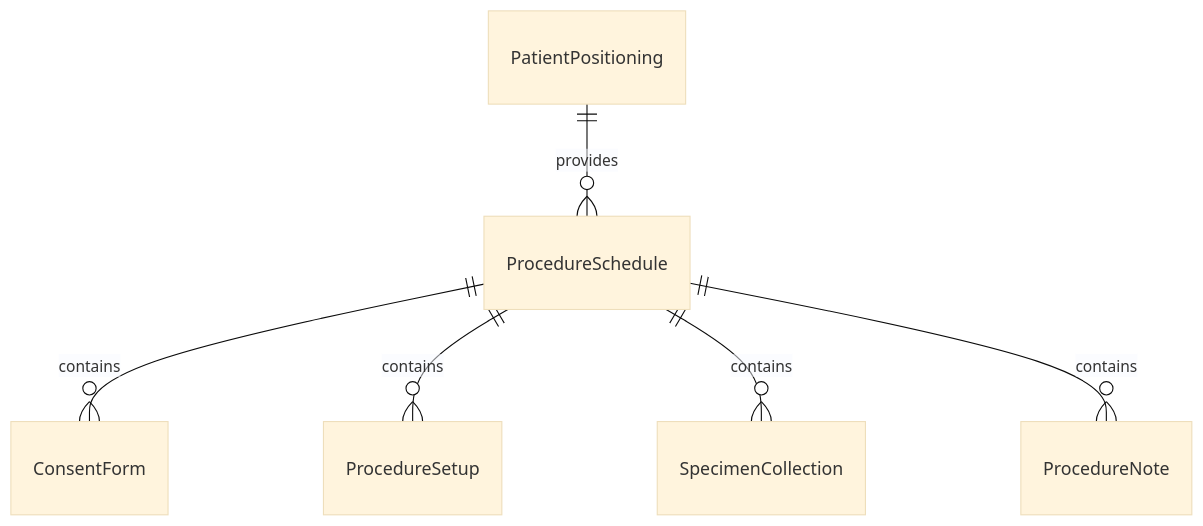
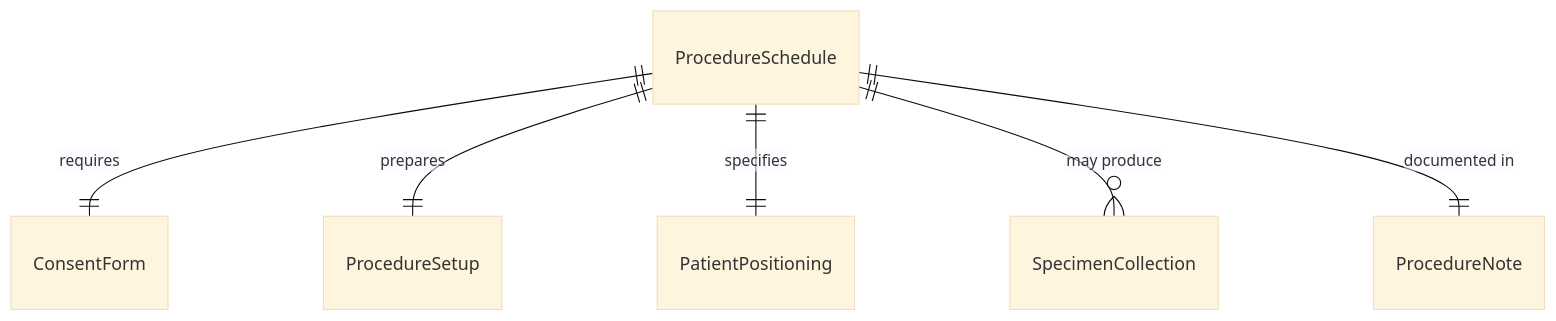
The first of 4 diagrams in AssistingAndCaringForOthers/AssistHealthcarePractitionersDuringMedicalProcedures/AssistPractitionersPerformMedicalProcedures.mdx (dot-org-ai/tasks.org.ai), drawn with Mermaid (base theme) before and after one commit. The commit also changed other lines of this file and 32 other files, not shown here.

First line of the commit message:
fix: Improve ER and State diagrams in 32 AssistingAndCaringForOthers DWA files

````diff
--- a/AssistingAndCaringForOthers/AssistHealthcarePractitionersDuringMedicalProcedures/AssistPractitionersPerformMedicalProcedures.mdx
+++ b/AssistingAndCaringForOthers/AssistHealthcarePractitionersDuringMedicalProcedures/AssistPractitionersPerformMedicalProcedures.mdx
@@ -88,8 +88,8 @@
 ```mermaid
 erDiagram
-    ProcedureSchedule ||--o{ ConsentForm : contains
-    ProcedureSchedule ||--o{ ProcedureSetup : contains
-    PatientPositioning ||--o{ ProcedureSchedule : provides
-    ProcedureSchedule ||--o{ SpecimenCollection : contains
-    ProcedureSchedule ||--o{ ProcedureNote : contains
+    ProcedureSchedule ||--|| ConsentForm : requires
+    ProcedureSchedule ||--|| ProcedureSetup : prepares
+    ProcedureSchedule ||--|| PatientPositioning : specifies
+    ProcedureSchedule ||--o{ SpecimenCollection : "may produce"
+    ProcedureSchedule ||--|| ProcedureNote : "documented in"
 ```
````
